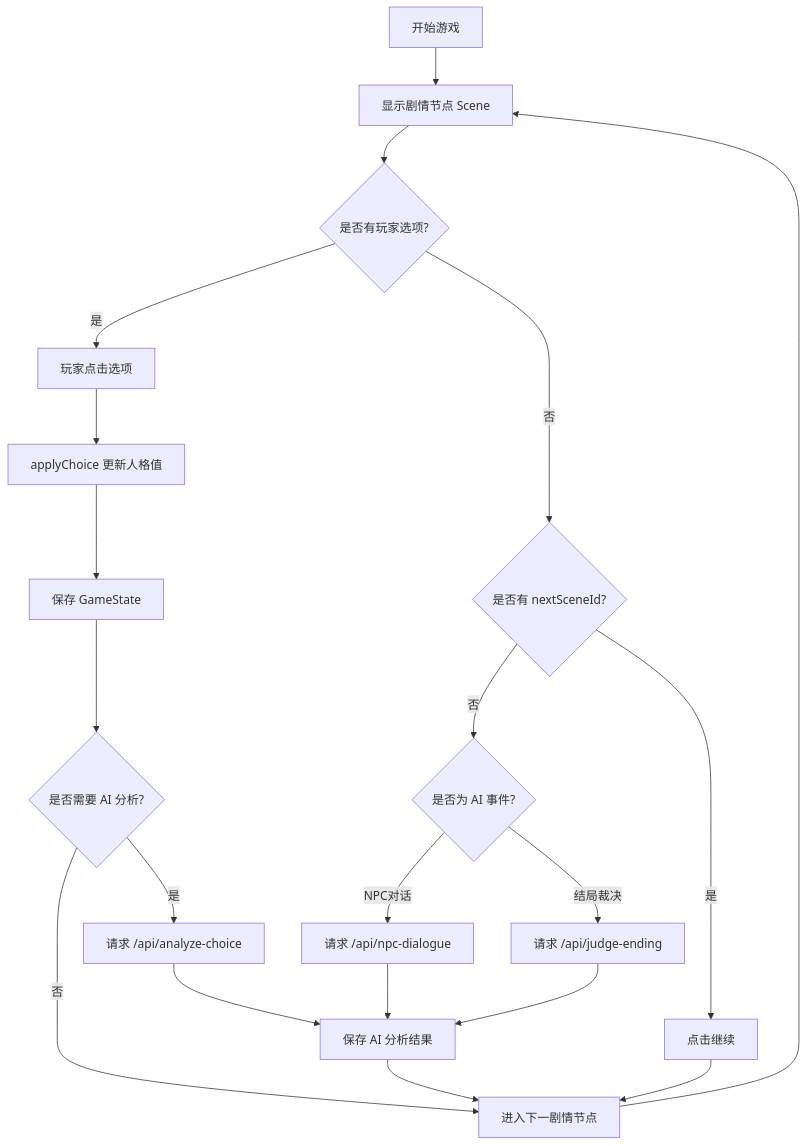
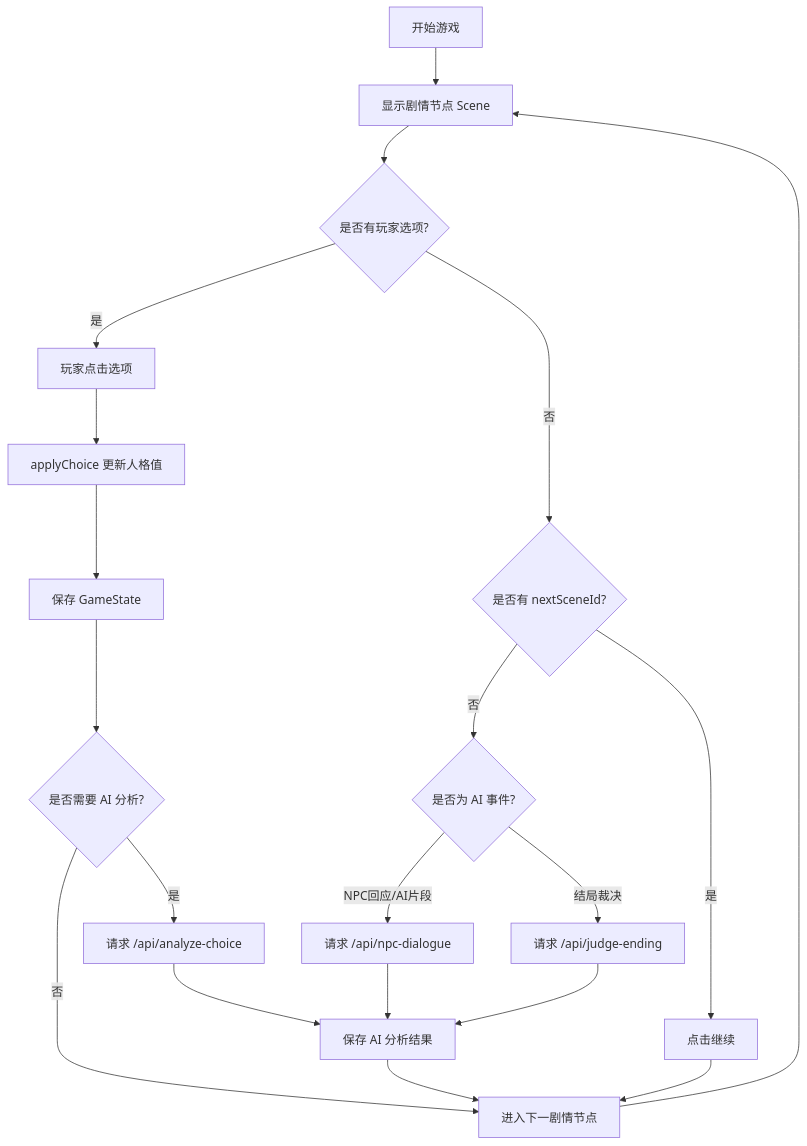
The second of 6 diagrams in docs/项目说明.md (Spring0602/Happy-Child), drawn with Mermaid before and after one commit. The commit also changed other lines of this file and 7 other files, not shown here.

````diff
--- a/docs/项目说明.md
+++ b/docs/项目说明.md
@@ -35,22 +35,22 @@
 ```mermaid
 flowchart TD
     Start[开始游戏] --> S1[显示剧情节点 Scene]
     S1 --> HasChoice{是否有玩家选项?}
     HasChoice -->|是| Choice[玩家点击选项]
     Choice --> Apply[applyChoice 更新人格值]
     Apply --> Save[保存 GameState]
     Save --> NeedAI{是否需要 AI 分析?}
     NeedAI -->|是| AIChoice[请求 /api/analyze-choice]
     AIChoice --> Trace[保存 AI 分析结果]
     NeedAI -->|否| NextScene[进入下一剧情节点]
     Trace --> NextScene
     HasChoice -->|否| HasNext{是否有 nextSceneId?}
     HasNext -->|是| NextButton[点击继续]
     NextButton --> NextScene
     HasNext -->|否| AIEvent{是否为 AI 事件?}
-    AIEvent -->|NPC对话| NPCAPI[请求 /api/npc-dialogue]
+    AIEvent -->|NPC回应/AI片段| NPCAPI[请求 /api/npc-dialogue]
     AIEvent -->|结局裁决| EndingAPI[请求 /api/judge-ending]
     NPCAPI --> Trace
     EndingAPI --> Trace
     NextScene --> S1
 ```
````
